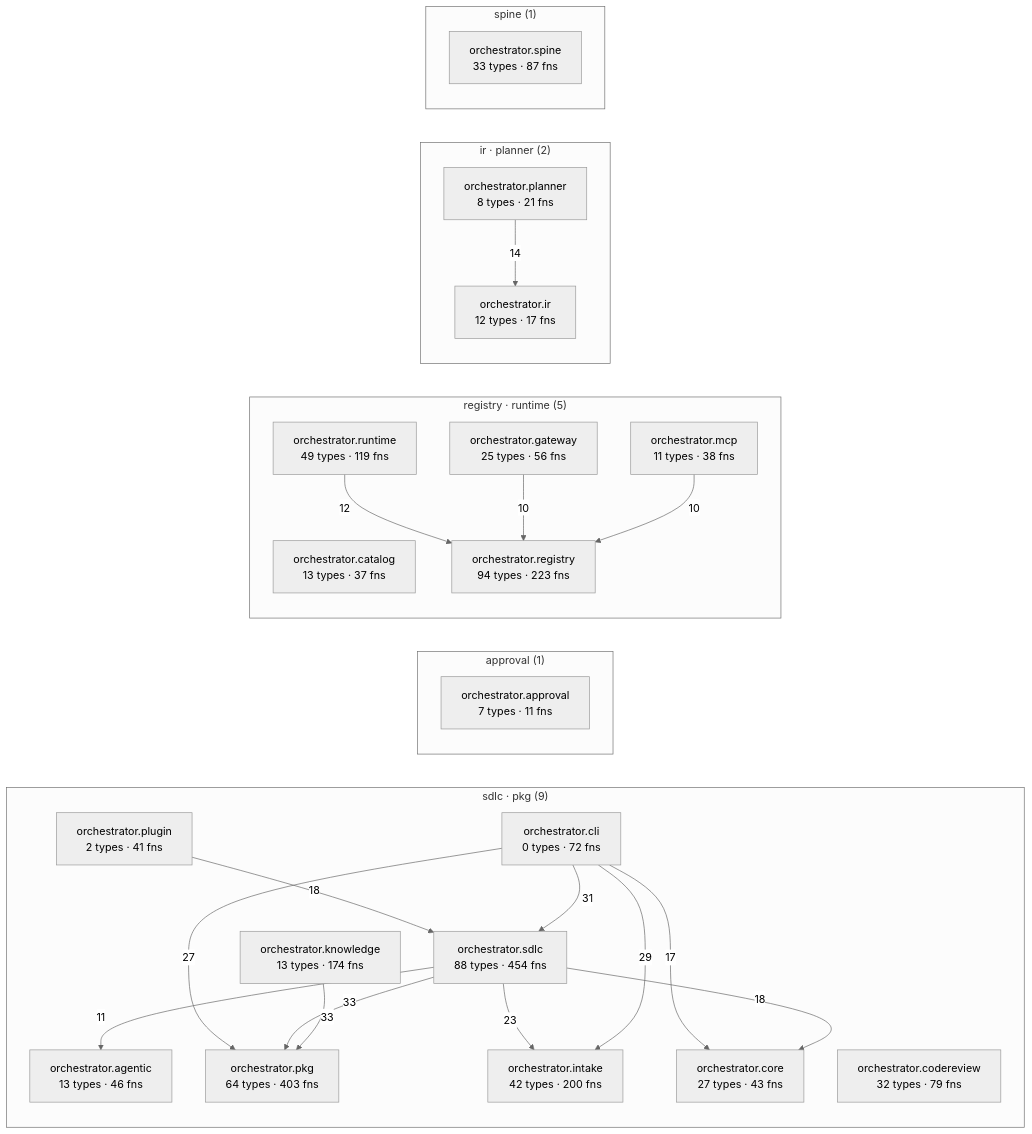
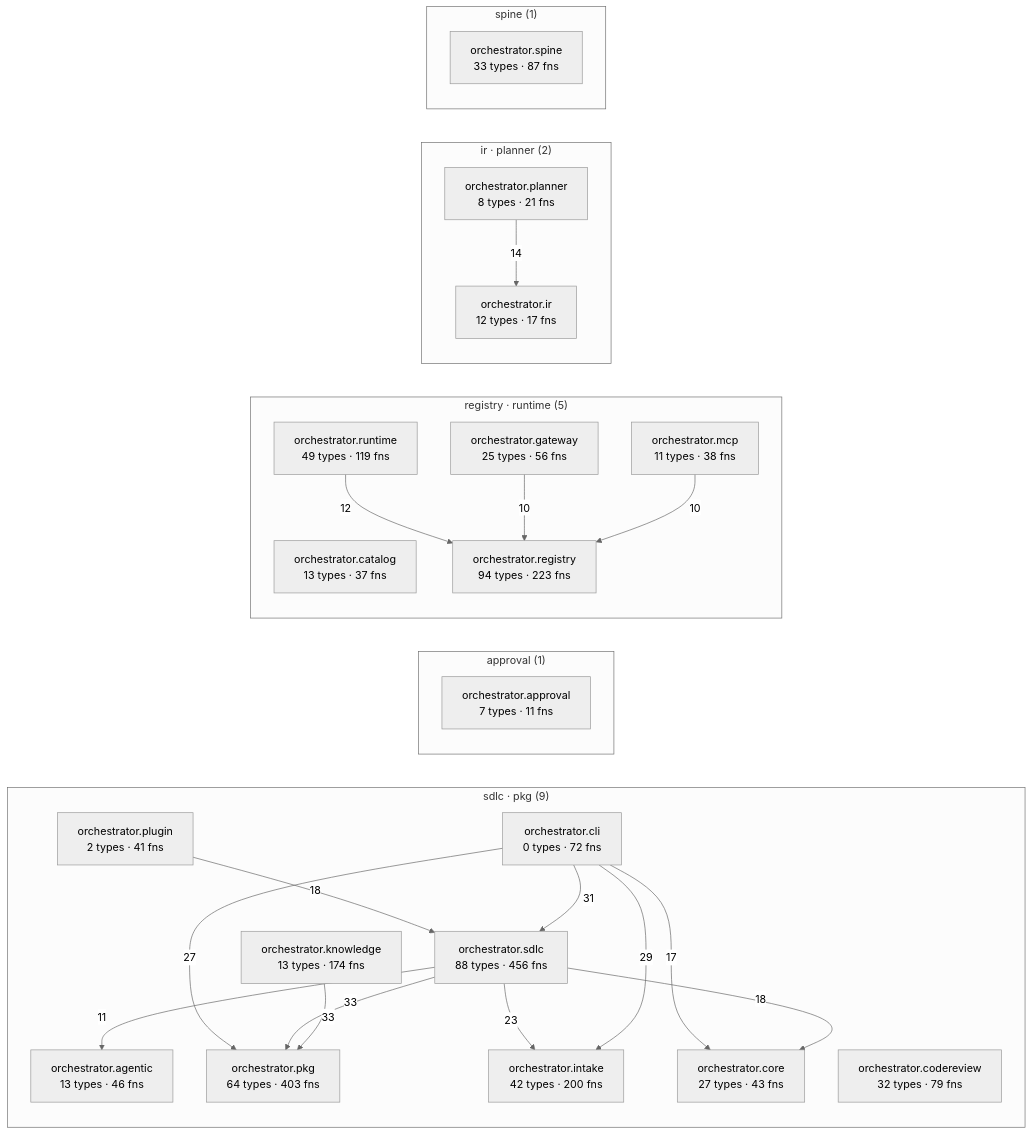
Before and after one commit to synaptixs/spine: the diagram in episteme/architecture.md, drawn with Mermaid (neutral theme). The commit also changed other lines of this file and 12 other files, not shown here.

````diff
--- a/episteme/architecture.md
+++ b/episteme/architecture.md
@@ -54,45 +54,45 @@
 ```mermaid
 flowchart LR
   subgraph c_1["sdlc · pkg (9)"]
     aorchestratoragentic["orchestrator.agentic<br/>13 types · 46 fns"]
     aorchestratorcli["orchestrator.cli<br/>0 types · 72 fns"]
     aorchestratorcodereview["orchestrator.codereview<br/>32 types · 79 fns"]
     aorchestratorcore["orchestrator.core<br/>27 types · 43 fns"]
     aorchestratorintake["orchestrator.intake<br/>42 types · 200 fns"]
     aorchestratorknowledge["orchestrator.knowledge<br/>13 types · 174 fns"]
     aorchestratorpkg["orchestrator.pkg<br/>64 types · 403 fns"]
     aorchestratorplugin["orchestrator.plugin<br/>2 types · 41 fns"]
-    aorchestratorsdlc["orchestrator.sdlc<br/>88 types · 454 fns"]
+    aorchestratorsdlc["orchestrator.sdlc<br/>88 types · 456 fns"]
   end
   subgraph c_2["approval (1)"]
     aorchestratorapproval["orchestrator.approval<br/>7 types · 11 fns"]
   end
   subgraph c_3["registry · runtime (5)"]
     aorchestratorcatalog["orchestrator.catalog<br/>13 types · 37 fns"]
     aorchestratorgateway["orchestrator.gateway<br/>25 types · 56 fns"]
     aorchestratormcp["orchestrator.mcp<br/>11 types · 38 fns"]
     aorchestratorregistry["orchestrator.registry<br/>94 types · 223 fns"]
     aorchestratorruntime["orchestrator.runtime<br/>49 types · 119 fns"]
   end
   subgraph c_7["ir · planner (2)"]
     aorchestratorir["orchestrator.ir<br/>12 types · 17 fns"]
     aorchestratorplanner["orchestrator.planner<br/>8 types · 21 fns"]
   end
   subgraph c_11["spine (1)"]
     aorchestratorspine["orchestrator.spine<br/>33 types · 87 fns"]
   end
   aorchestratorknowledge -->|33| aorchestratorpkg
   aorchestratorsdlc -->|33| aorchestratorpkg
   aorchestratorcli -->|31| aorchestratorsdlc
   aorchestratorcli -->|29| aorchestratorintake
   aorchestratorcli -->|27| aorchestratorpkg
   aorchestratorsdlc -->|23| aorchestratorintake
   aorchestratorplugin -->|18| aorchestratorsdlc
   aorchestratorsdlc -->|18| aorchestratorcore
   aorchestratorcli -->|17| aorchestratorcore
   aorchestratorplanner -->|14| aorchestratorir
   aorchestratorruntime -->|12| aorchestratorregistry
   aorchestratorsdlc -->|11| aorchestratoragentic
   aorchestratorgateway -->|10| aorchestratorregistry
   aorchestratormcp -->|10| aorchestratorregistry
 ```
````
